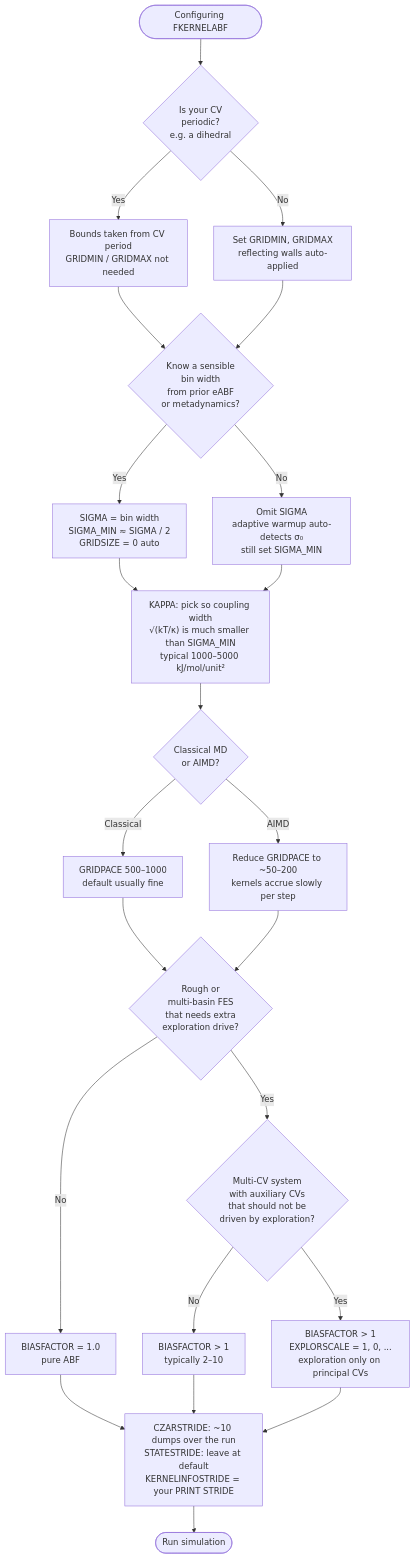
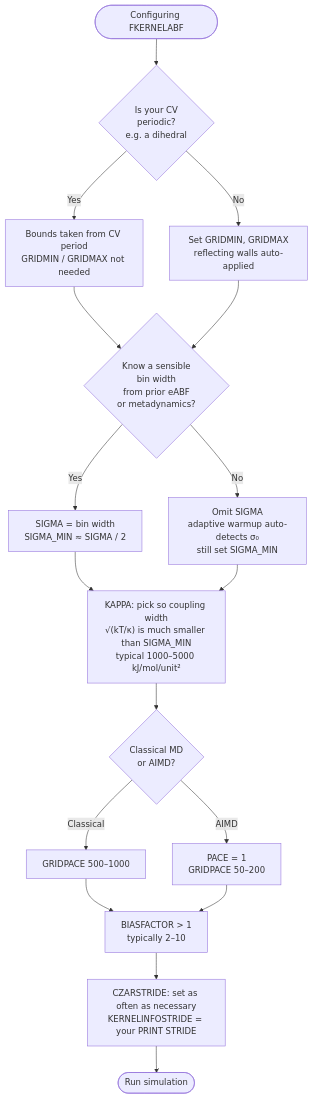
The diagram in README.md (aditya1707/ForceKernel-eABF), drawn with Mermaid before and after one commit.

Commit message:
Cleaned documentation

````diff
--- a/README.md
+++ b/README.md
@@ -62,33 +62,26 @@
 ```mermaid
 flowchart TD
     Start([Configuring FKERNELABF]) --> CV{Is your CV<br/>periodic?<br/>e.g. a dihedral}
     CV -->|Yes| CVP[Bounds taken from CV period<br/>GRIDMIN / GRIDMAX not needed]
     CV -->|No| CVN[Set GRIDMIN, GRIDMAX<br/>reflecting walls auto-applied]
 
     CVP --> Sigma{Know a sensible<br/>bin width<br/>from prior eABF<br/>or metadynamics?}
     CVN --> Sigma
 
-    Sigma -->|Yes| SS[SIGMA = bin width<br/>SIGMA_MIN ≈ SIGMA / 2<br/>GRIDSIZE = 0 auto]
+    Sigma -->|Yes| SS[SIGMA = bin width<br/>SIGMA_MIN ≈ SIGMA / 2]
     Sigma -->|No| SA[Omit SIGMA<br/>adaptive warmup auto-detects σ₀<br/>still set SIGMA_MIN]
 
     SS --> Kappa["KAPPA: pick so coupling width<br/>√(kT/κ) is much smaller than SIGMA_MIN<br/>typical 1000–5000 kJ/mol/unit²"]
     SA --> Kappa
 
     Kappa --> Engine{Classical MD<br/>or AIMD?}
-    Engine -->|Classical| MD[GRIDPACE 500–1000<br/>default usually fine]
-    Engine -->|AIMD| AIMD[Reduce GRIDPACE to ~50–200<br/>kernels accrue slowly per step]
+    Engine -->|Classical| MD[GRIDPACE 500–1000]
+    Engine -->|AIMD| AIMD[PACE = 1<br/>GRIDPACE 50–200]
 
-    MD --> Explore{Rough or<br/>multi-basin FES<br/>that needs extra<br/>exploration drive?}
-    AIMD --> Explore
+    MD --> BiasFactor[BIASFACTOR &gt; 1<br/>typically 2–10]
+    AIMD --> BiasFactor
 
-    Explore -->|No| Pure[BIASFACTOR = 1.0<br/>pure ABF]
-    Explore -->|Yes| Multi{Multi-CV system<br/>with auxiliary CVs<br/>that should not be<br/>driven by exploration?}
-    Multi -->|No| AllEx[BIASFACTOR &gt; 1<br/>typically 2–10]
-    Multi -->|Yes| ScaleEx[BIASFACTOR &gt; 1<br/>EXPLORSCALE = 1, 0, ...<br/>exploration only on principal CVs]
-
-    Pure --> Out[CZARSTRIDE: ~10 dumps over the run<br/>STATESTRIDE: leave at default<br/>KERNELINFOSTRIDE = your PRINT STRIDE]
-    AllEx --> Out
-    ScaleEx --> Out
+    BiasFactor --> Out[CZARSTRIDE: set as often as necessary<br/>KERNELINFOSTRIDE = your PRINT STRIDE]
 
     Out --> End([Run simulation])
 ```
````
